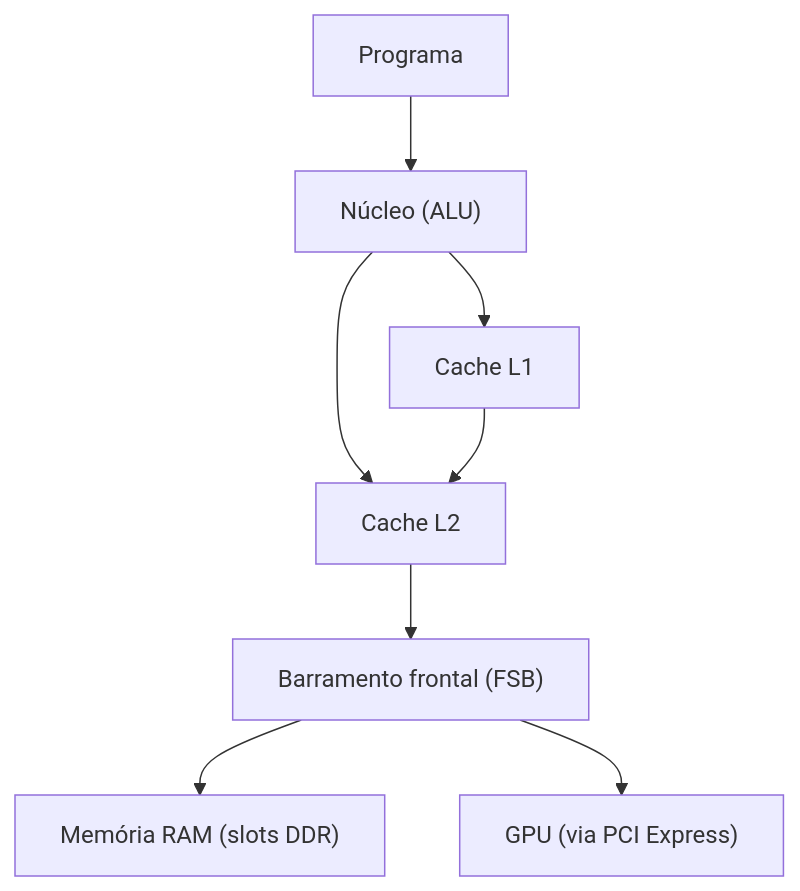
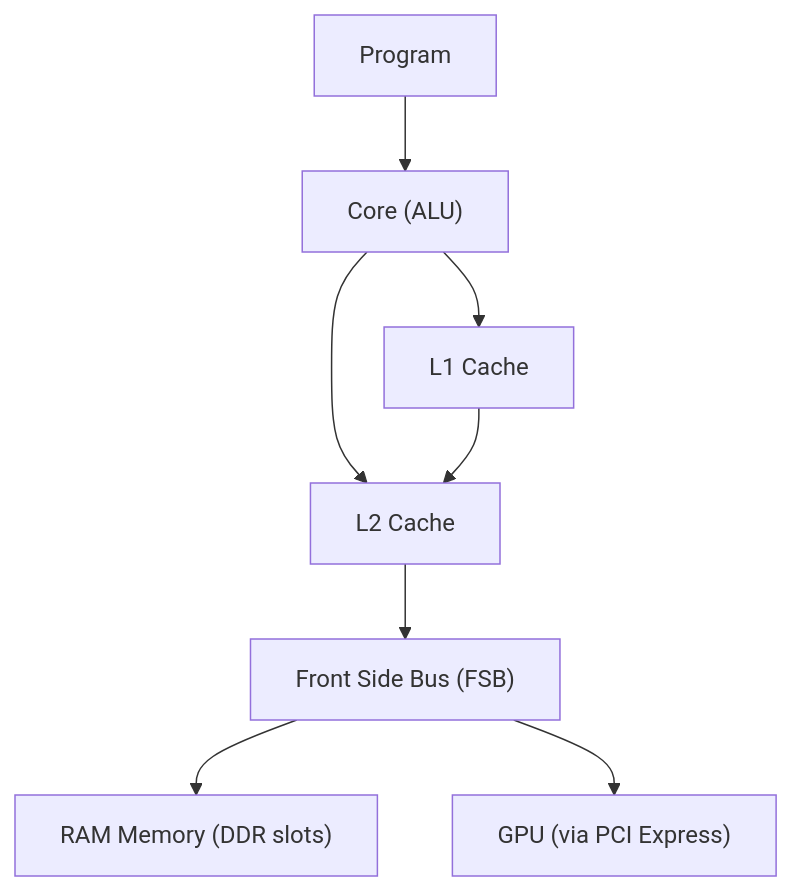
The first of 16 diagrams in docs/first_architectural_draft.md (jhonatanTeixeira/mimas-saturn-emulator), drawn with Mermaid before and after one commit. The commit also changed other lines of this file and 2 other files, not shown here.

First line of the commit message:
Translate architecture planning docs to English

````diff
--- a/docs/first_architectural_draft.md
+++ b/docs/first_architectural_draft.md
@@ -13,10 +13,10 @@
 ```mermaid
 graph TD
-    Programa --> Nucleo["Núcleo (ALU)"]
-    Nucleo --> L1["Cache L1"]
-    Nucleo --> L2["Cache L2"]
+    Program --> Core["Core (ALU)"]
+    Core --> L1["L1 Cache"]
+    Core --> L2["L2 Cache"]
     L1 --> L2
-    L2 --> FSB["Barramento frontal (FSB)"]
-    FSB --> RAM["Memória RAM (slots DDR)"]
+    L2 --> FSB["Front Side Bus (FSB)"]
+    FSB --> RAM["RAM Memory (DDR slots)"]
     FSB --> GPU["GPU (via PCI Express)"]
 ```
````
